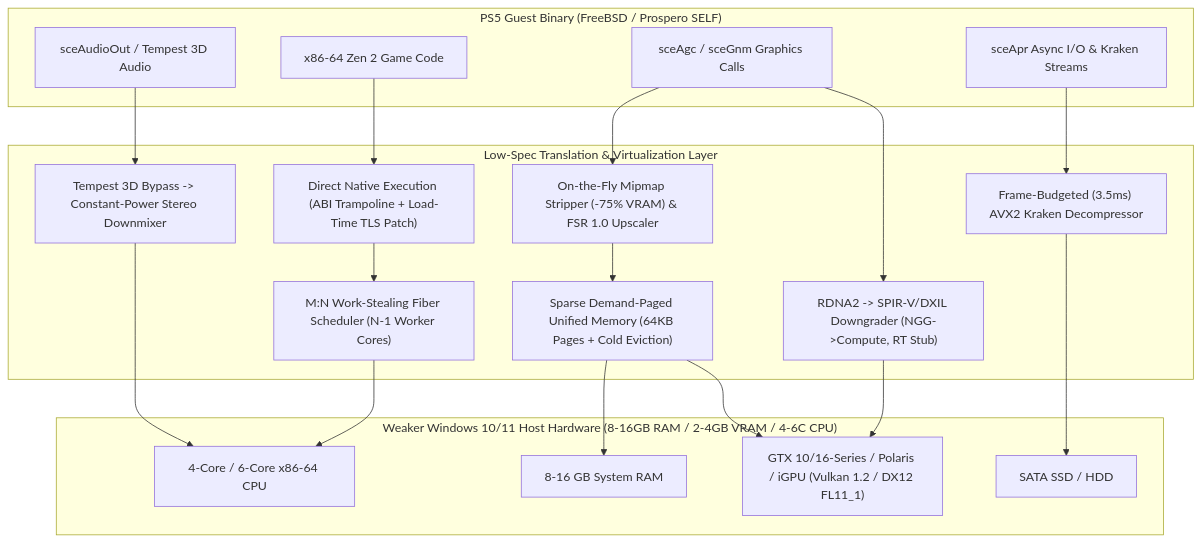
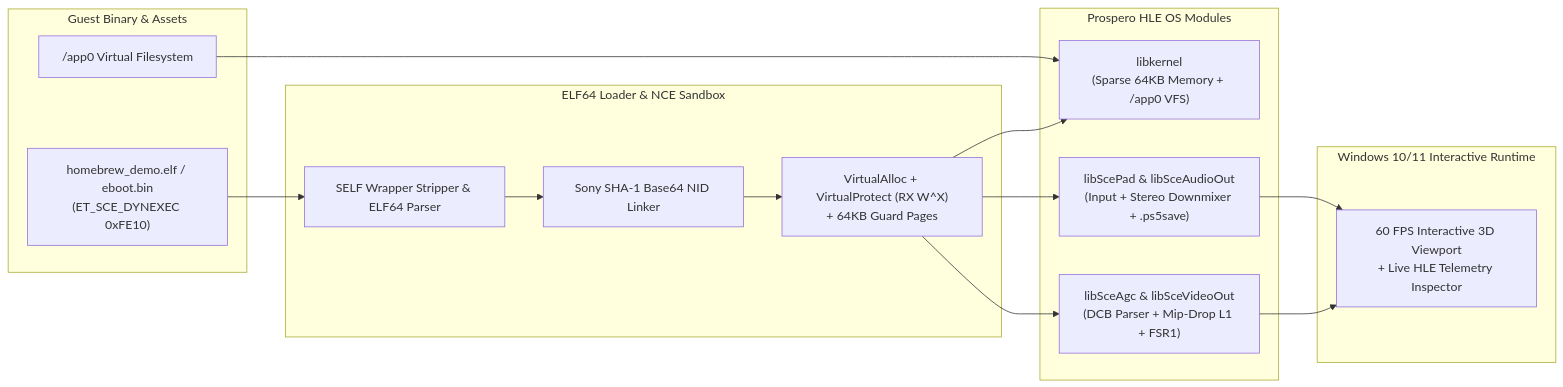
Before and after one commit to Irfan13121995/PS5-Emulator-Windows-11: the diagram in README.md, drawn with Mermaid. The commit also changed other lines of this file and 15 other files, not shown here.

Commit message:
Release v2.0.0: Full PS5 HLE + NCE Emulator Runtime, ELF64/SELF Loader, Sony NID Linker, W^X Execution Sandbox, HLE Modules & 60 FPS Interactive Viewport

````diff
--- a/README.md
+++ b/README.md
@@ -56,34 +33,29 @@
 ```mermaid
-flowchart TD
-    subgraph Guest["PS5 Guest Binary (FreeBSD / Prospero SELF)"]
-        GameCode["x86-64 Zen 2 Game Code"]
-        GnmCalls["sceAgc / sceGnm Graphics Calls"]
-        AprCalls["sceApr Async I/O & Kraken Streams"]
-        AudioCalls["sceAudioOut / Tempest 3D Audio"]
+flowchart LR
+    subgraph Input["Guest Binary & Assets"]
+        ELF["homebrew_demo.elf / eboot.bin\n(ET_SCE_DYNEXEC 0xFE10)"]
+        App0["/app0 Virtual Filesystem"]
     end
 
-    subgraph Core["Low-Spec Translation & Virtualization Layer"]
-        NCE["Direct Native Execution (ABI Trampoline + Load-Time TLS Patch)"]
-        FiberSched["M:N Work-Stealing Fiber Scheduler (N-1 Worker Cores)"]
-        MemMgr["Sparse Demand-Paged Unified Memory (64KB Pages + Cold Eviction)"]
-        ShaderXlat["RDNA2 -> SPIR-V/DXIL Downgrader (NGG->Compute, RT Stub)"]
-        TexScaler["On-the-Fly Mipmap Stripper (-75% VRAM) & FSR 1.0 Upscaler"]
-        IOEngine["Frame-Budgeted (3.5ms) AVX2 Kraken Decompressor"]
-        AudioMix["Tempest 3D Bypass -> Constant-Power Stereo Downmixer"]
+    subgraph Loader["ELF64 Loader & NCE Sandbox"]
+        Stripper["SELF Wrapper Stripper & ELF64 Parser"]
+        NID["Sony SHA-1 Base64 NID Linker"]
+        WX["VirtualAlloc + VirtualProtect (RX W^X)\n+ 64KB Guard Pages"]
     end
 
-    subgraph Host["Weaker Windows 10/11 Host Hardware (8-16GB RAM / 2-4GB VRAM / 4-6C CPU)"]
-        HostCPU["4-Core / 6-Core x86-64 CPU"]
-        HostRAM["8-16 GB System RAM"]
-        HostGPU["GTX 10/16-Series / Polaris / iGPU (Vulkan 1.2 / DX12 FL11_1)"]
-        HostDisk["SATA SSD / HDD"]
+    subgraph HLE["Prospero HLE OS Modules"]
+        Kernel["libkernel\n(Sparse 64KB Memory + /app0 VFS)"]
+        Agc["libSceAgc & libSceVideoOut\n(DCB Parser + Mip-Drop L1 + FSR1)"]
+        Pad["libScePad & libSceAudioOut\n(Input + Stereo Downmixer + .ps5save)"]
     end
 
-    GameCode --> NCE --> FiberSched --> HostCPU
-    GnmCalls --> ShaderXlat --> HostGPU
-    GnmCalls --> TexScaler --> MemMgr
-    MemMgr --> HostRAM
-    MemMgr --> HostGPU
-    AprCalls --> IOEngine --> HostDisk
-    AudioCalls --> AudioMix --> HostCPU
+    subgraph Host["Windows 10/11 Interactive Runtime"]
+        GUI["60 FPS Interactive 3D Viewport\n+ Live HLE Telemetry Inspector"]
+    end
+
+    ELF --> Stripper --> NID --> WX
+    WX --> Kernel
+    WX --> Agc --> GUI
+    WX --> Pad --> GUI
+    App0 --> Kernel
 ```
````
